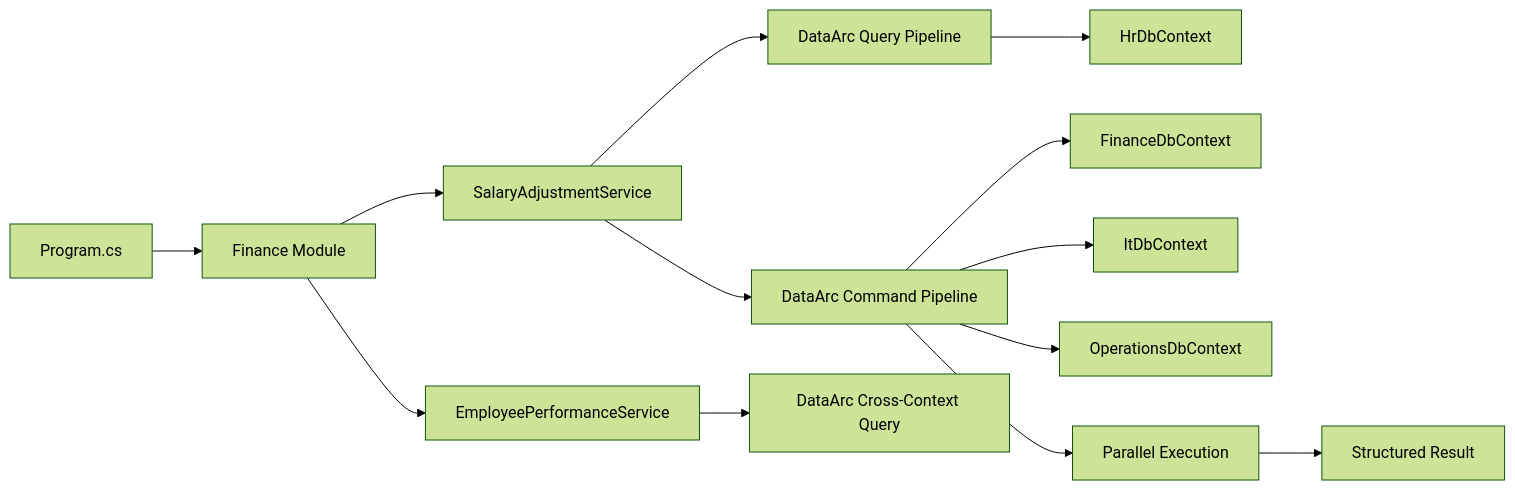
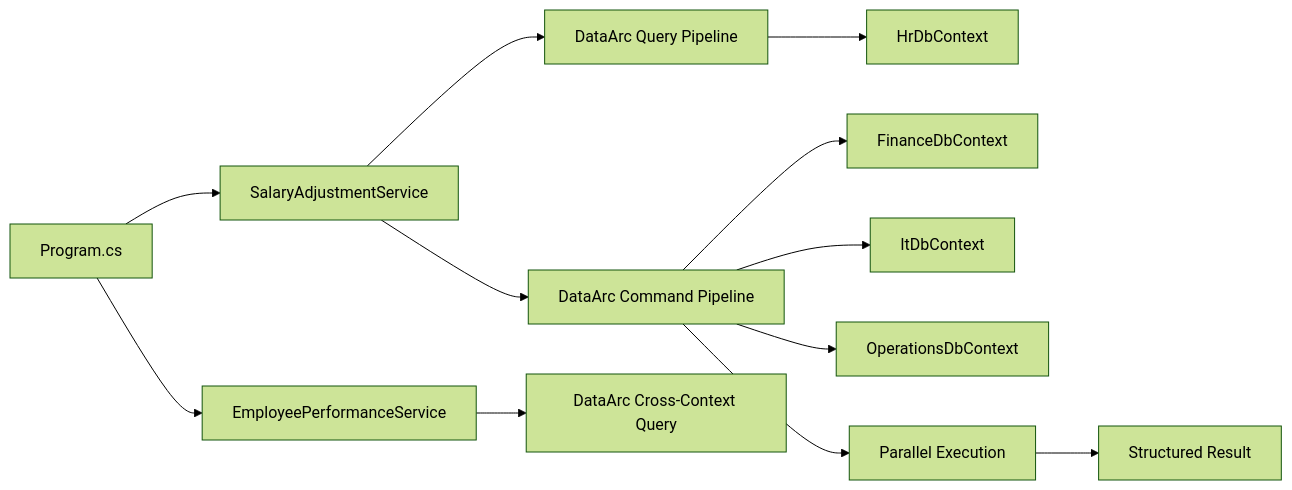
One commit to SolidArcSoftware/DataArc.EntityFrameworkCore changed the first of 4 diagrams in README.md. Above: the diagram before and after it, drawn with Mermaid (forest theme). The commit also changed other lines of this file and 1 other file, not shown here.

````diff
--- a/README.md
+++ b/README.md
@@ -49,18 +138,17 @@
 ```mermaid
 flowchart LR
-    A[Program.cs] --> B[Finance Module]
-    B --> C[SalaryAdjustmentService]
-    B --> D[EmployeePerformanceService]
+    A[Program.cs] --> B[SalaryAdjustmentService]
+    A --> C[EmployeePerformanceService]
 
-    C --> Q[DataArc Query Pipeline]
-    C --> W[DataArc Command Pipeline]
-    D --> R[DataArc Cross-Context Query]
+    B --> Q[DataArc Query Pipeline]
+    B --> W[DataArc Command Pipeline]
+    C --> R[DataArc Cross-Context Query]
 
     Q --> HR[HrDbContext]
     W --> FIN[FinanceDbContext]
     W --> IT[ItDbContext]
     W --> OPS[OperationsDbContext]
 
     W --> X[Parallel Execution]
     X --> Y[Structured Result]
 ```
````
